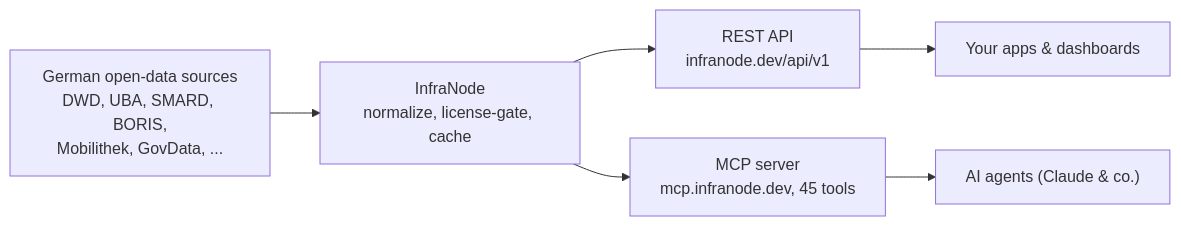
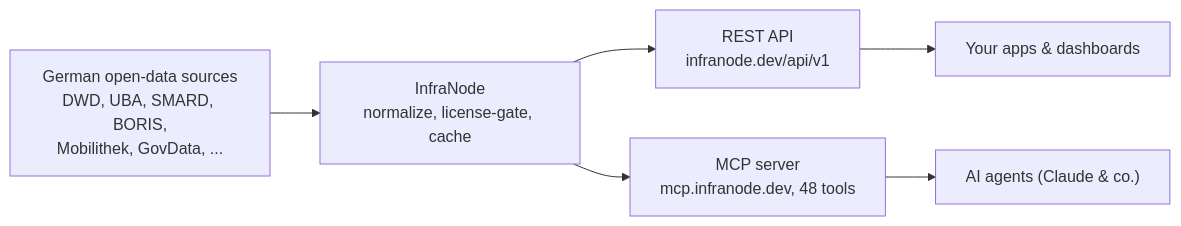
One commit to street1983nk/infranode changed the diagram in README.md. Above: the diagram before and after it, drawn with Mermaid. The commit also changed other lines of this file and 16 other files, not shown here.

````diff
--- a/README.md
+++ b/README.md
@@ -26,8 +30,8 @@
 ```mermaid
 flowchart LR
     SRC["German open-data sources<br/>DWD, UBA, SMARD, BORIS,<br/>Mobilithek, GovData, ..."] --> CORE["InfraNode<br/>normalize, license-gate, cache"]
     CORE --> API["REST API<br/>infranode.dev/api/v1"]
-    CORE --> MCP["MCP server<br/>mcp.infranode.dev, 45 tools"]
+    CORE --> MCP["MCP server<br/>mcp.infranode.dev, 48 tools"]
     API --> APPS["Your apps &amp; dashboards"]
     MCP --> AGENTS["AI agents (Claude &amp; co.)"]
 ```
````
